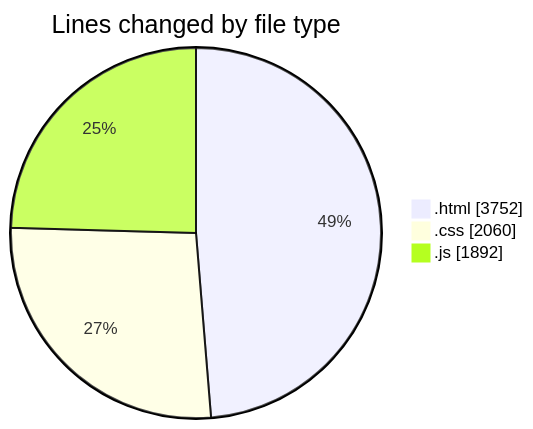
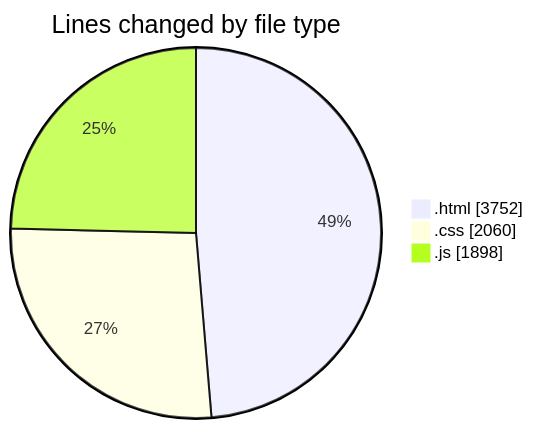
The first of 2 diagrams in 2025-05-24/projects/README.md (Ritupan-Deka/code-tracking), drawn with Mermaid before and after one commit. The commit also changed other lines of this file and 1 other file, not shown here.

````diff
--- a/2025-05-24/projects/README.md
+++ b/2025-05-24/projects/README.md
@@ -25,7 +25,7 @@
 ```mermaid
 pie showData
 title Lines changed by file type
 ".html" : 3752
 ".css" : 2060
-".js" : 1892
+".js" : 1898
 ```
````
